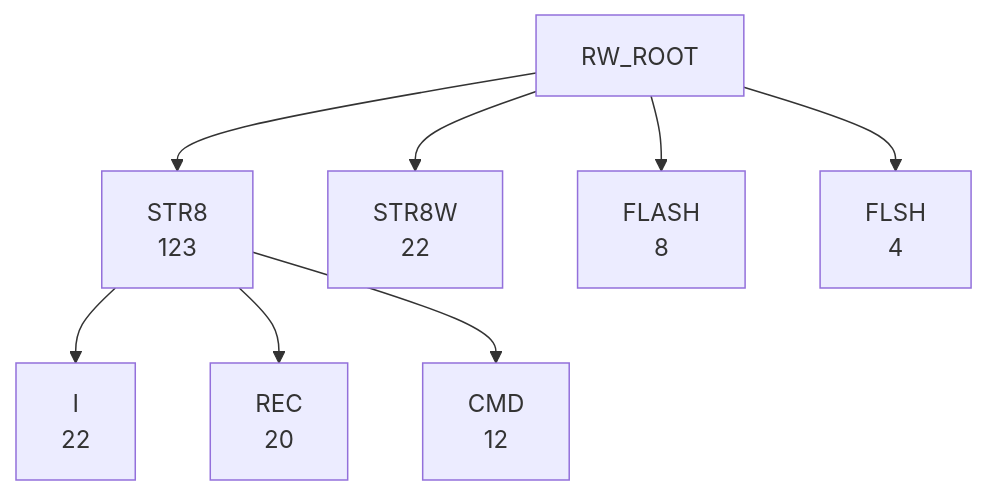
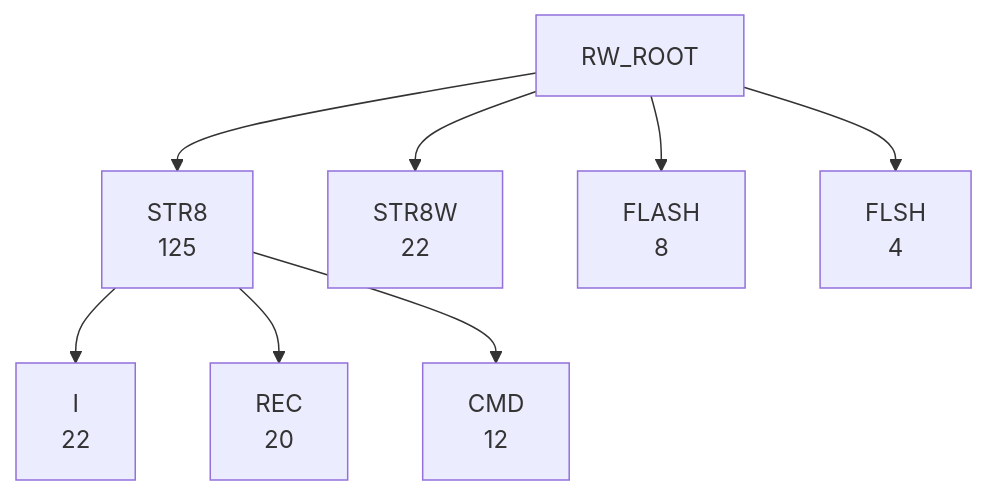
The fifth of 6 diagrams in DOC/GENERATED/ROUTINE_WORD_TREE.md (95westus/R-YORS), drawn with Mermaid before and after one commit. The commit also changed other lines of this file and 32 other files, not shown here.

````diff
--- a/DOC/GENERATED/ROUTINE_WORD_TREE.md
+++ b/DOC/GENERATED/ROUTINE_WORD_TREE.md
@@ -77,10 +77,10 @@
 ```mermaid
 flowchart TD
-    RW_ROOT --> RW_STR8["STR8<br/>123"]
+    RW_ROOT --> RW_STR8["STR8<br/>125"]
     RW_ROOT --> RW_STR8W["STR8W<br/>22"]
     RW_ROOT --> RW_FLASH["FLASH<br/>8"]
     RW_ROOT --> RW_FLSH["FLSH<br/>4"]
     RW_STR8 --> RW_STR8_I["I<br/>22"]
     RW_STR8 --> RW_STR8_REC["REC<br/>20"]
     RW_STR8 --> RW_STR8_CMD["CMD<br/>12"]
 ```
````
